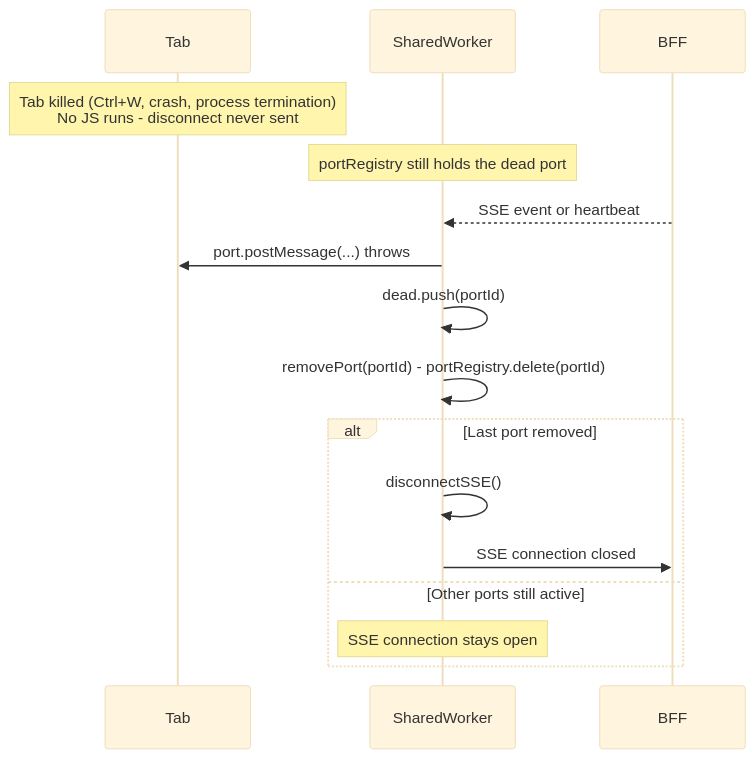
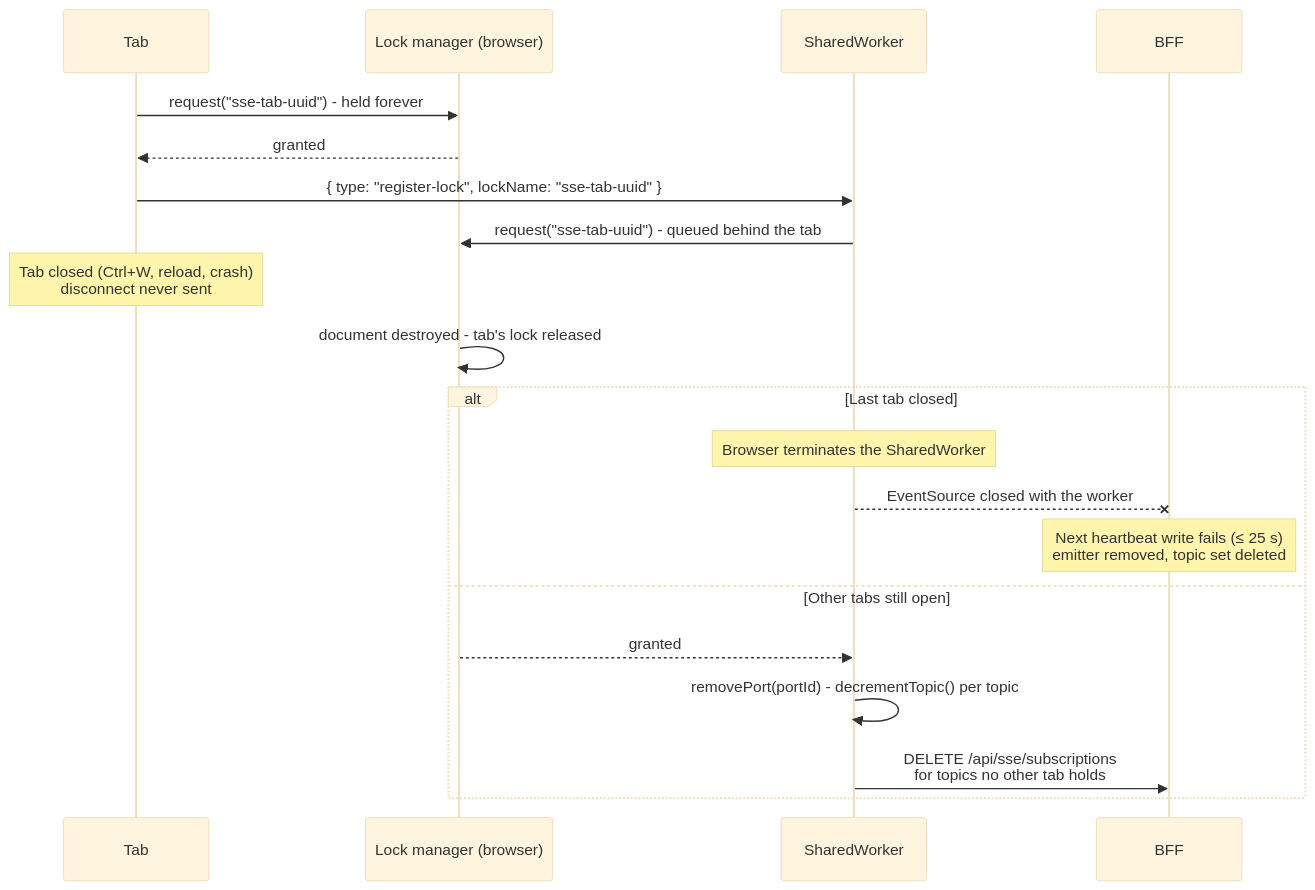
Before and after one commit to iarroyo/sse-demo: the seventh of 7 diagrams in SSE-DIAGRAMS.md, drawn with Mermaid (base theme). The commit also changed other lines of this file and 3 other files, not shown here.

First line of the commit message:
docs: correct README and SSE architecture docs

````diff
--- a/SSE-DIAGRAMS.md
+++ b/SSE-DIAGRAMS.md
@@ -197,22 +203,25 @@
 ```mermaid
 sequenceDiagram
     participant Tab
+    participant Locks as Lock manager (browser)
     participant Worker as SharedWorker
     participant Server as BFF
 
-    Note over Tab: Tab killed (Ctrl+W, crash, process termination)<br/>No JS runs - disconnect never sent
+    Tab->>Locks: request("sse-tab-uuid") - held forever
+    Locks-->>Tab: granted
+    Tab->>Worker: { type: "register-lock", lockName: "sse-tab-uuid" }
+    Worker->>Locks: request("sse-tab-uuid") - queued behind the tab
 
-    Note over Worker: portRegistry still holds the dead port
+    Note over Tab: Tab closed (Ctrl+W, reload, crash)<br/>disconnect never sent
+    Locks->>Locks: document destroyed - tab's lock released
 
-    Server-->>Worker: SSE event or heartbeat
-    Worker->>Tab: port.postMessage(...) throws
-    Worker->>Worker: dead.push(portId)
-    Worker->>Worker: removePort(portId) - portRegistry.delete(portId)
-
-    alt Last port removed
-        Worker->>Worker: disconnectSSE()
-        Worker->>Server: SSE connection closed
-    else Other ports still active
-        Note over Worker: SSE connection stays open
+    alt Last tab closed
+        Note over Worker: Browser terminates the SharedWorker
+        Worker--xServer: EventSource closed with the worker
+        Note over Server: Next heartbeat write fails (≤ 25 s)<br/>emitter removed, topic set deleted
+    else Other tabs still open
+        Locks-->>Worker: granted
+        Worker->>Worker: removePort(portId) - decrementTopic() per topic
+        Worker->>Server: DELETE /api/sse/subscriptions<br/>for topics no other tab holds
     end
 ```
````
